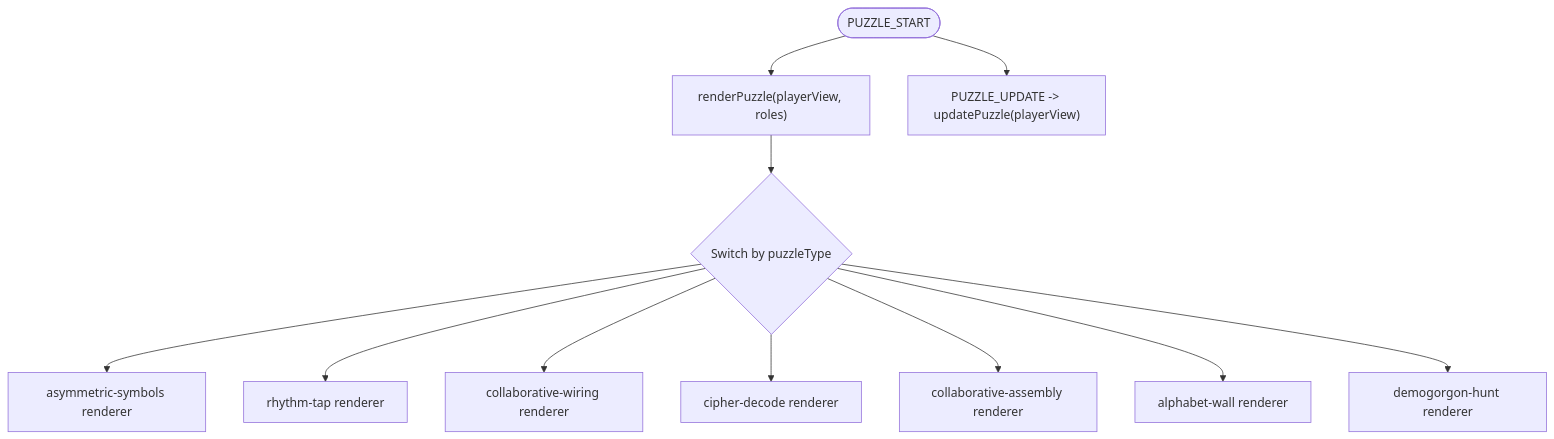
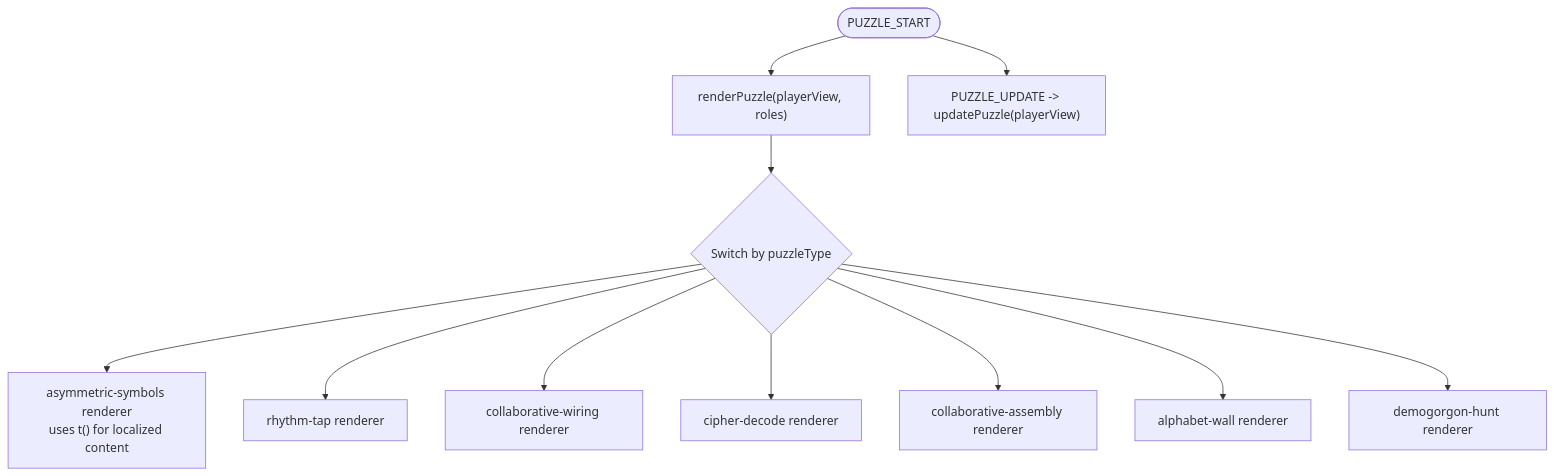
One commit to dkoukoul/escape-room-mvp changed the tenth of 21 diagrams in .qoder/repowiki/en/content/Client Application/Client Application.md. Above: the diagram before and after it, drawn with Mermaid. The commit also changed other lines of this file and 21 other files, not shown here.

````diff
--- a/.qoder/repowiki/en/content/Client Application/Client Application.md
+++ b/.qoder/repowiki/en/content/Client Application/Client Application.md
@@ -356,13 +456,13 @@
 ```mermaid
 flowchart TD
 Start(["PUZZLE_START"]) --> Render["renderPuzzle(playerView, roles)"]
 Render --> Dispatch{"Switch by puzzleType"}
-Dispatch --> Asym["asymmetric-symbols renderer"]
+Dispatch --> Asym["asymmetric-symbols renderer<br/>uses t() for localized content"]
 Dispatch --> Rhythm["rhythm-tap renderer"]
 Dispatch --> Wiring["collaborative-wiring renderer"]
 Dispatch --> Cipher["cipher-decode renderer"]
 Dispatch --> Assembly["collaborative-assembly renderer"]
 Dispatch --> Alphabet["alphabet-wall renderer"]
 Dispatch --> Demogorgon["demogorgon-hunt renderer"]
 Start --> Update["PUZZLE_UPDATE -> updatePuzzle(playerView)"]
 ```
````
